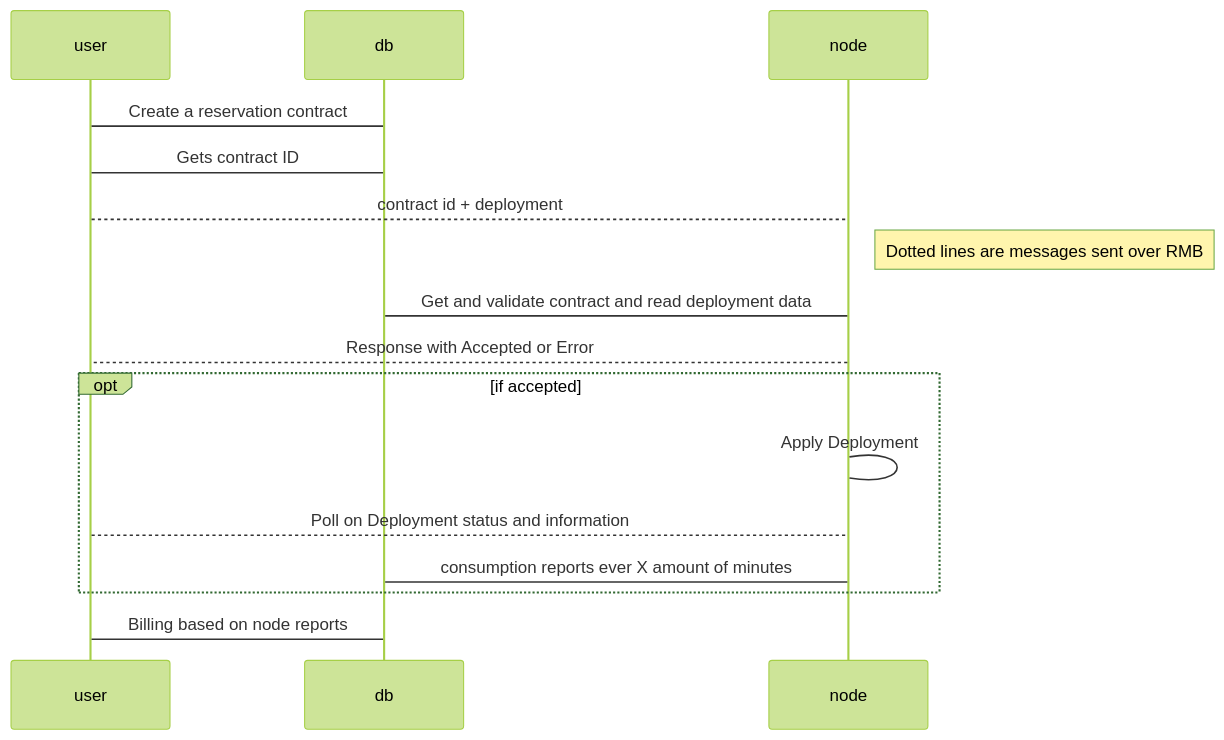
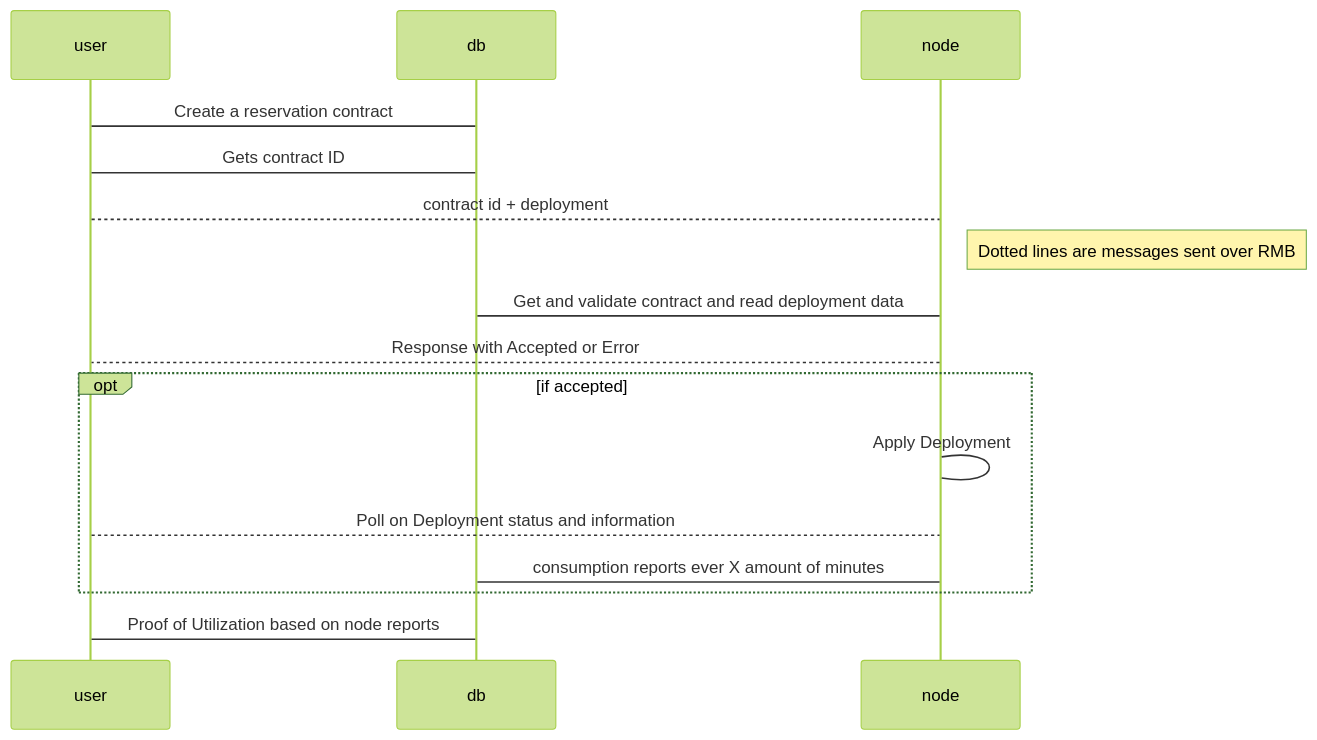
One commit to threefoldtecharchive/info_manual3 changed the diagram in wiki/architecture/uml/sequencediagram.mmd. Above: the diagram before and after it, drawn with Mermaid (forest theme). The commit also changed 9 other files, not shown here.

```diff
--- a/wiki/architecture/uml/sequencediagram.mmd
+++ b/wiki/architecture/uml/sequencediagram.mmd
@@ -1,17 +1,17 @@
 sequenceDiagram
 participant user
 participant db
 participant node
 
 user->db: Create a reservation contract
 db->user: Gets contract ID
 user-->node: contract id + deployment
 Note right of node: Dotted lines are messages sent over RMB
 node->db: Get and validate contract and read deployment data
 node-->user: Response with Accepted or Error
 opt if accepted
     node->node: Apply Deployment
     user-->node: Poll on Deployment status and information
     node->db: consumption reports ever X amount of minutes
 end
-db->user: Billing based on node reports
+db->user: Proof of Utilization based on node reports
```
